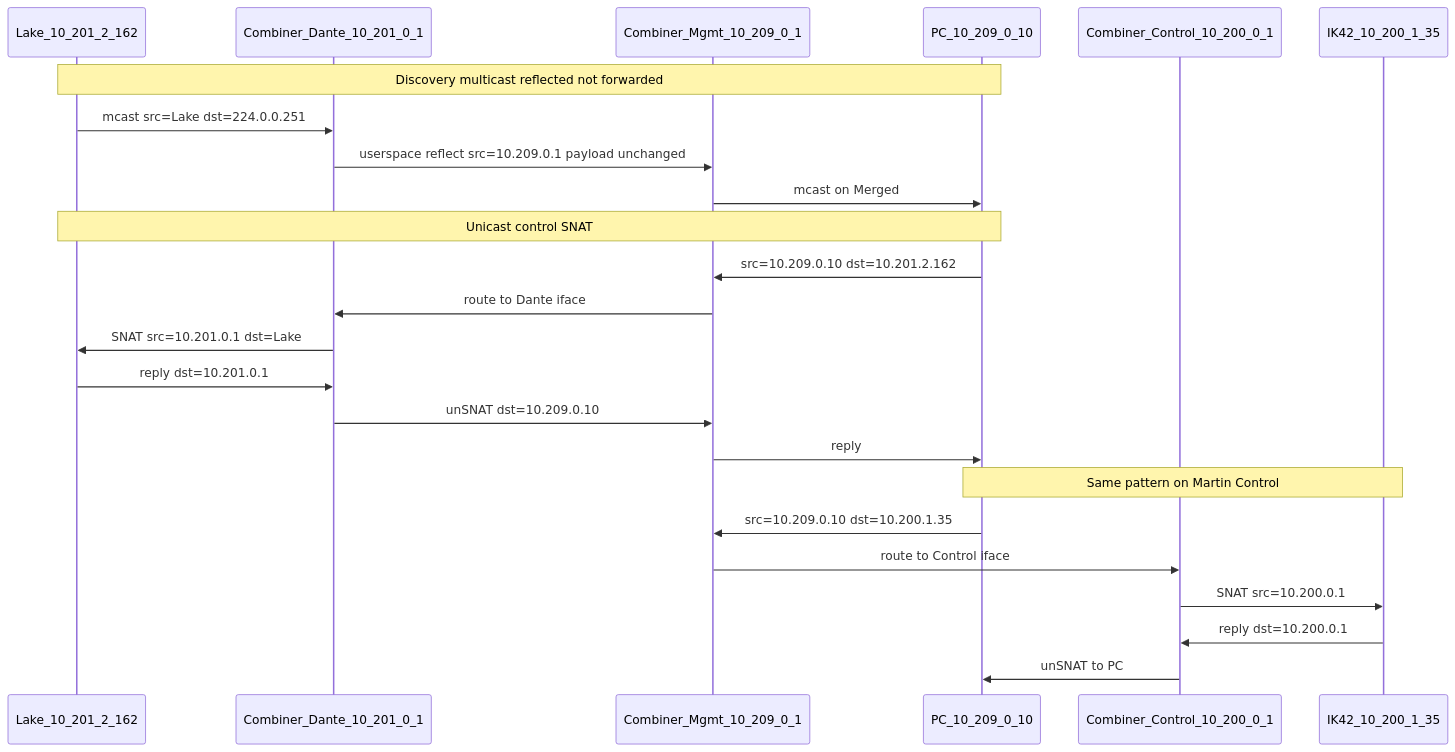
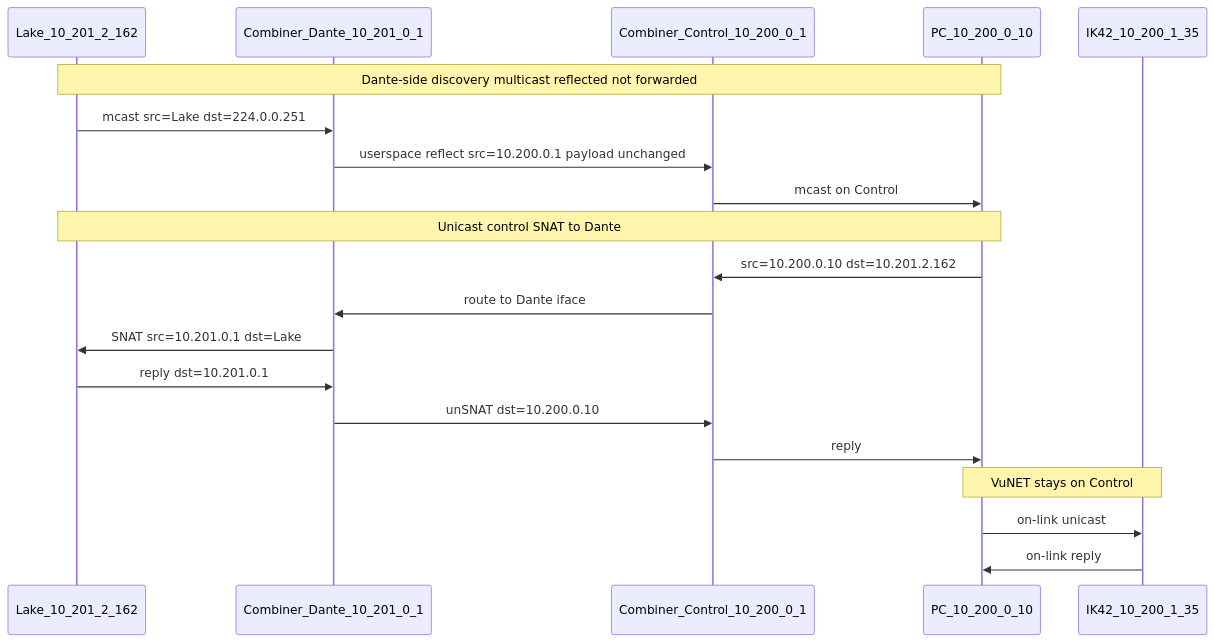
One commit to misnow1/vunet-dante-combiner-2000 changed the diagram in docs/packet-flow.md. Above: the diagram before and after it, drawn with Mermaid. The commit also changed other lines of this file and 25 other files, not shown here.

First line of the commit message:
Put Dante-side apps on Martin Control clients (#9)

````diff
--- a/docs/packet-flow.md
+++ b/docs/packet-flow.md
@@ -224,29 +158,25 @@
 ```mermaid
 sequenceDiagram
   participant Lake as Lake_10_201_2_162
   participant CD as Combiner_Dante_10_201_0_1
-  participant CM as Combiner_Mgmt_10_209_0_1
-  participant PC as PC_10_209_0_10
   participant CC as Combiner_Control_10_200_0_1
+  participant PC as PC_10_200_0_10
   participant Amp as IK42_10_200_1_35
 
-  Note over Lake,PC: Discovery multicast reflected not forwarded
+  Note over Lake,PC: Dante-side discovery multicast reflected not forwarded
   Lake->>CD: mcast src=Lake dst=224.0.0.251
-  CD->>CM: userspace reflect src=10.209.0.1 payload unchanged
-  CM->>PC: mcast on Merged
+  CD->>CC: userspace reflect src=10.200.0.1 payload unchanged
+  CC->>PC: mcast on Control
 
-  Note over PC,Lake: Unicast control SNAT
-  PC->>CM: src=10.209.0.10 dst=10.201.2.162
-  CM->>CD: route to Dante iface
+  Note over PC,Lake: Unicast control SNAT to Dante
+  PC->>CC: src=10.200.0.10 dst=10.201.2.162
+  CC->>CD: route to Dante iface
   CD->>Lake: SNAT src=10.201.0.1 dst=Lake
   Lake->>CD: reply dst=10.201.0.1
-  CD->>CM: unSNAT dst=10.209.0.10
-  CM->>PC: reply
+  CD->>CC: unSNAT dst=10.200.0.10
+  CC->>PC: reply
 
-  Note over PC,Amp: Same pattern on Martin Control
-  PC->>CM: src=10.209.0.10 dst=10.200.1.35
-  CM->>CC: route to Control iface
-  CC->>Amp: SNAT src=10.200.0.1
-  Amp->>CC: reply dst=10.200.0.1
-  CC->>PC: unSNAT to PC
+  Note over PC,Amp: VuNET stays on Control
+  PC->>Amp: on-link unicast
+  Amp->>PC: on-link reply
 ```
````
